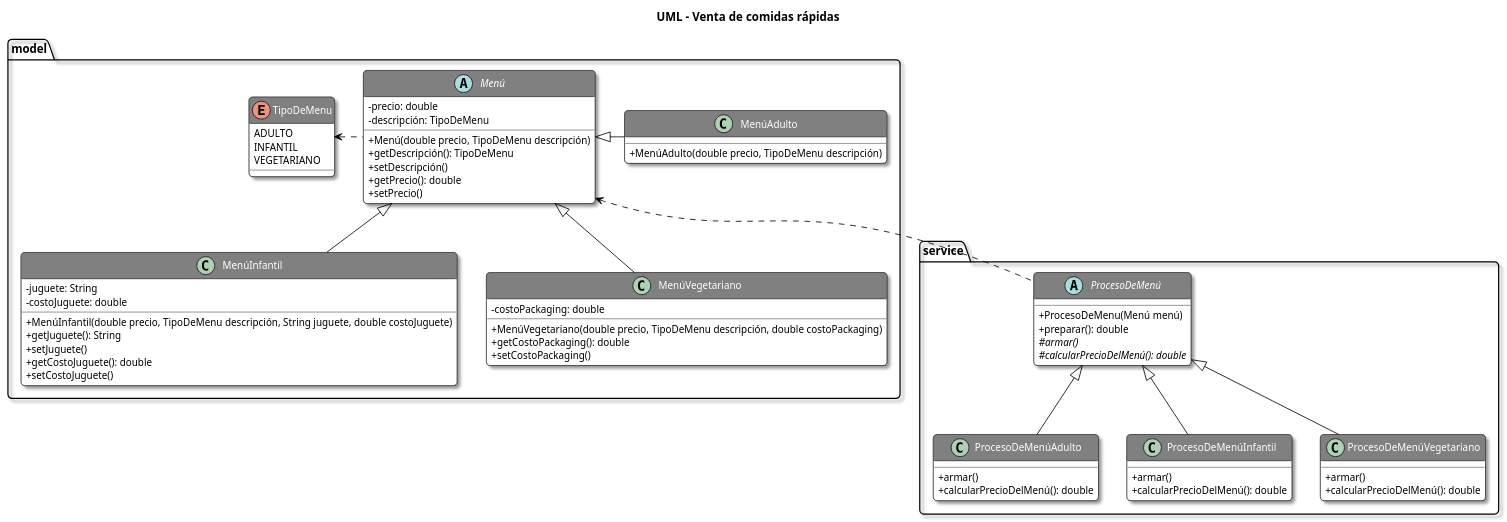
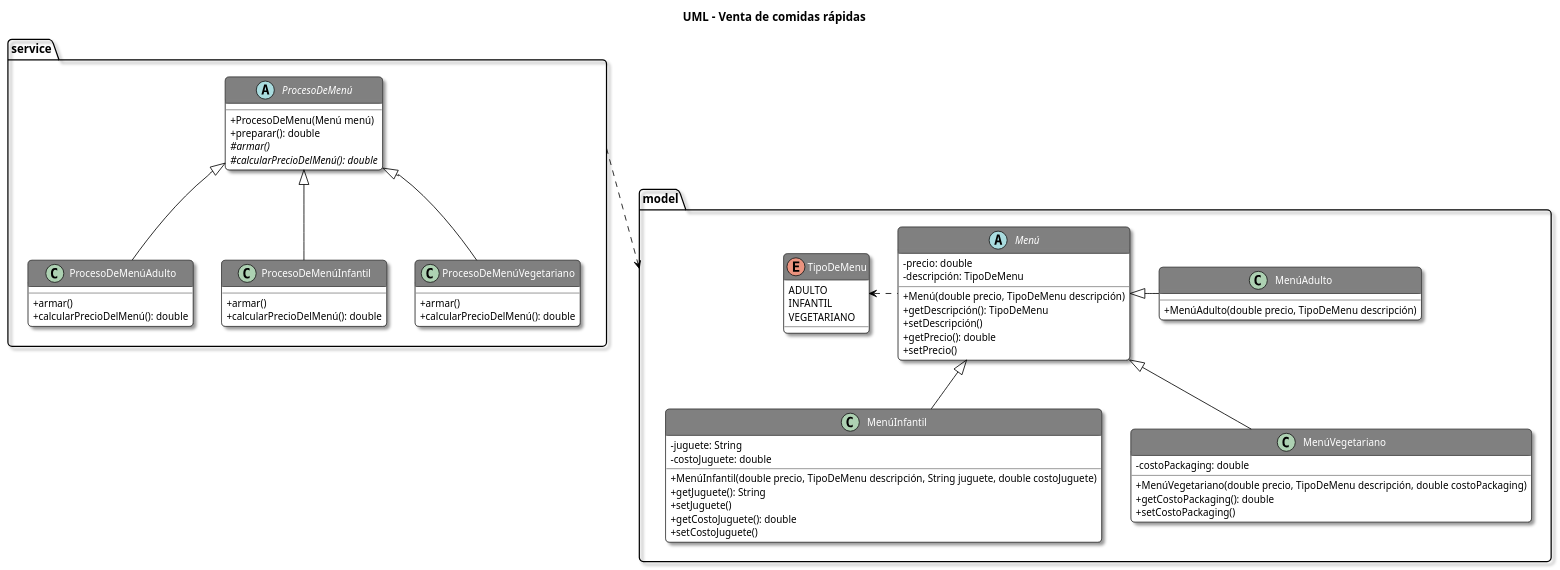
One commit to hfelipeserna/hfelipeserna.github.io changed the diagram in Digital_House-Certified_Tech_Developer/Backend_I/Template_method_pattern/Comidas_rápidas/src/Venta_comidas_rápidas.puml. Above: the diagram before and after it, drawn with PlantUML.

Commit message:
[REFACTOR] MOdificar la relación de uso entre package en el diagrama UML

```diff
--- a/Digital_House-Certified_Tech_Developer/Backend_I/Template_method_pattern/Comidas_rápidas/src/Venta_comidas_rápidas.puml
+++ b/Digital_House-Certified_Tech_Developer/Backend_I/Template_method_pattern/Comidas_rápidas/src/Venta_comidas_rápidas.puml
@@ -1,116 +1,116 @@
 @startuml
 'https://plantuml.com/class-diagram
 
 '___________STYLES___________
 title UML - Venta de comidas rápidas
 skinparam classAttributeIconSize 0
 skinparam backgroundColor White
 skinparam RoundCorner 10
 skinparam Shadowing true
 
 skinparam class {
     ArrowColor Black
     BackgroundColor White
     HeaderBackgroundColor Gray
     BorderColor Black
     FontColor White
     FontSize 14
     AttributeFontSize 12
 }
 
 skinparam object{
     ArrowColor Black
     BackgroundColor White
     BorderColor Black
     FontColor Black
     FontSize 14
     AttributeFontSize 12
 }
 
 skinparam note {
     BackgroundColor LightYellow
     BorderColor Black
 }
 
 '___________UML___________
 
 package model{
 
 abstract Menú{
 -precio: double
 -descripción: TipoDeMenu
 +Menú(double precio, TipoDeMenu descripción)
 +getDescripción(): TipoDeMenu
 +setDescripción()
 +getPrecio(): double
 +setPrecio()
 }
 
 class MenúAdulto{
 +MenúAdulto(double precio, TipoDeMenu descripción)
 }
 
 class MenúInfantil{
 -juguete: String
 -costoJuguete: double
 +MenúInfantil(double precio, TipoDeMenu descripción, String juguete, double costoJuguete)
 +getJuguete(): String
 +setJuguete()
 +getCostoJuguete(): double
 +setCostoJuguete()
 }
 
 class MenúVegetariano{
 -costoPackaging: double
 +MenúVegetariano(double precio, TipoDeMenu descripción, double costoPackaging)
 +getCostoPackaging(): double
 +setCostoPackaging()
 }
 
 enum TipoDeMenu{
 ADULTO
 INFANTIL
 VEGETARIANO
 }
 }
 
 package service{
 
 abstract ProcesoDeMenú{
 +ProcesoDeMenu(Menú menú)
 +preparar(): double
 #{abstract}armar()
 #{abstract}calcularPrecioDelMenú(): double
 }
 
 class ProcesoDeMenúAdulto{
 +armar()
 +calcularPrecioDelMenú(): double
 }
 
 class ProcesoDeMenúInfantil{
 +armar()
 +calcularPrecioDelMenú(): double
 }
 
 class ProcesoDeMenúVegetariano{
 +armar()
 +calcularPrecioDelMenú(): double
 }
 
 }
 
 TipoDeMenu <. Menú
 
 Menú <|- MenúAdulto
 Menú <|-- MenúInfantil
 Menú <|-- MenúVegetariano
 
 ProcesoDeMenú <|-- ProcesoDeMenúAdulto
 ProcesoDeMenú <|-- ProcesoDeMenúInfantil
 ProcesoDeMenú <|-- ProcesoDeMenúVegetariano
 
-Menú <.. ProcesoDeMenú
+service ..> model
 
 
 @enduml
```
